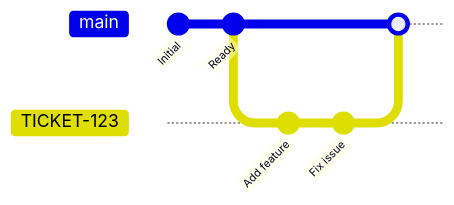
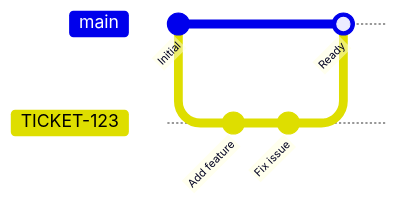
The second of 5 diagrams in README.md (wunderio/WunderFlow), drawn with Mermaid before and after one commit. The commit also changed other lines of this file, not shown here.

First line of the commit message:
docs(QAG-9): Improve workflow diagrams

````diff
--- a/README.md
+++ b/README.md
@@ -78,10 +78,9 @@
 ```mermaid
 gitGraph
     commit id: "Initial"
-    commit id: "Ready"
     branch TICKET-123
     commit id: "Add feature"
     commit id: "Fix issue"
     checkout main
-    merge TICKET-123
+    merge TICKET-123 id: "Ready"
 ```
````
